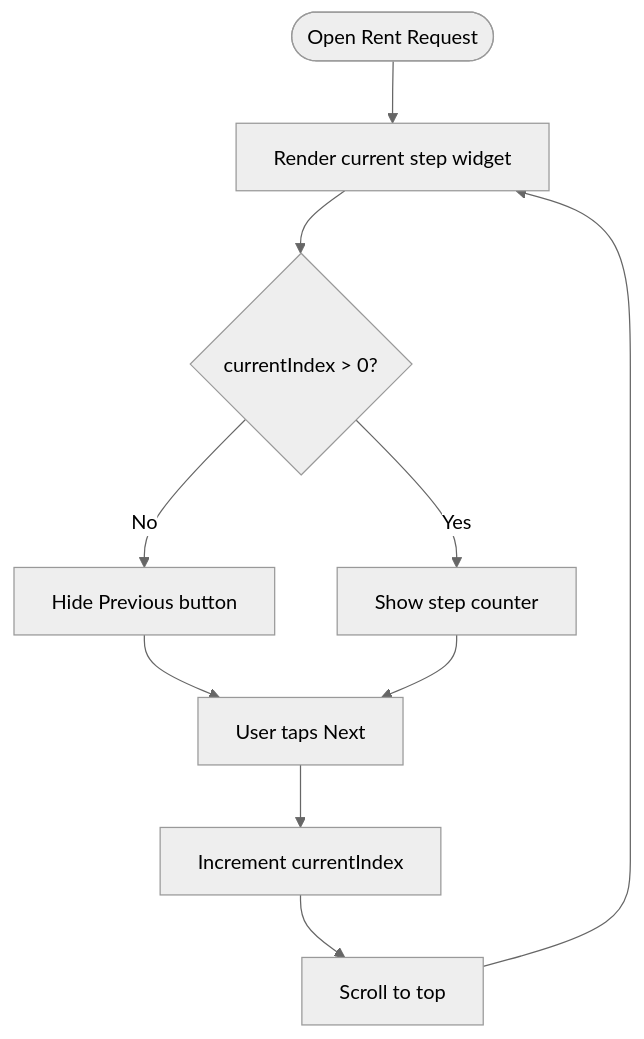
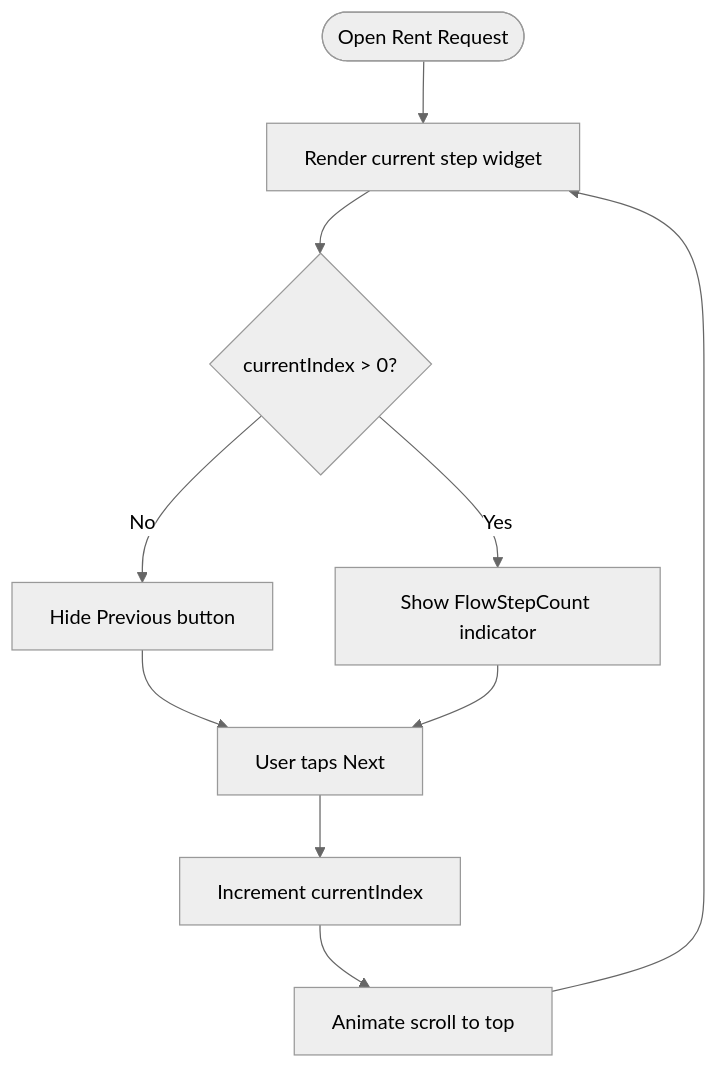
Before and after one commit to Ariful3111/FurniGo: the fourth of 7 diagrams in .qoder/repowiki/en/content/Core Features/Business Services/Rent Furniture System.md, drawn with Mermaid (neutral theme). The commit also changed other lines of this file and 23 other files, not shown here.

````diff
--- a/.qoder/repowiki/en/content/Core Features/Business Services/Rent Furniture System.md
+++ b/.qoder/repowiki/en/content/Core Features/Business Services/Rent Furniture System.md
@@ -172,12 +204,12 @@
 ```mermaid
 flowchart TD
 Start(["Open Rent Request"]) --> RenderCurrent["Render current step widget"]
 RenderCurrent --> CheckIndex{"currentIndex > 0?"}
 CheckIndex --> |No| ShowPrev["Hide Previous button"]
-CheckIndex --> |Yes| ShowCounter["Show step counter"]
+CheckIndex --> |Yes| ShowCounter["Show FlowStepCount indicator"]
 ShowPrev --> NextAction["User taps Next"]
 ShowCounter --> NextAction
 NextAction --> IncIndex["Increment currentIndex"]
-IncIndex --> ScrollTop["Scroll to top"]
+IncIndex --> ScrollTop["Animate scroll to top"]
 ScrollTop --> RenderCurrent
 ```
````
